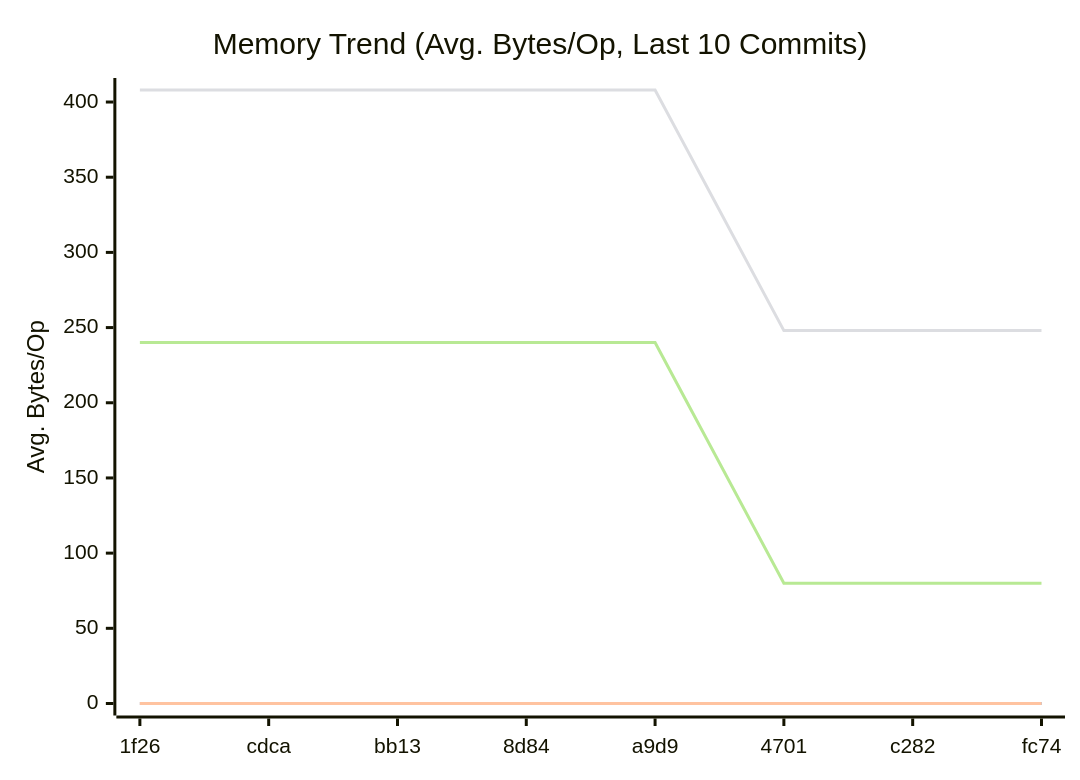
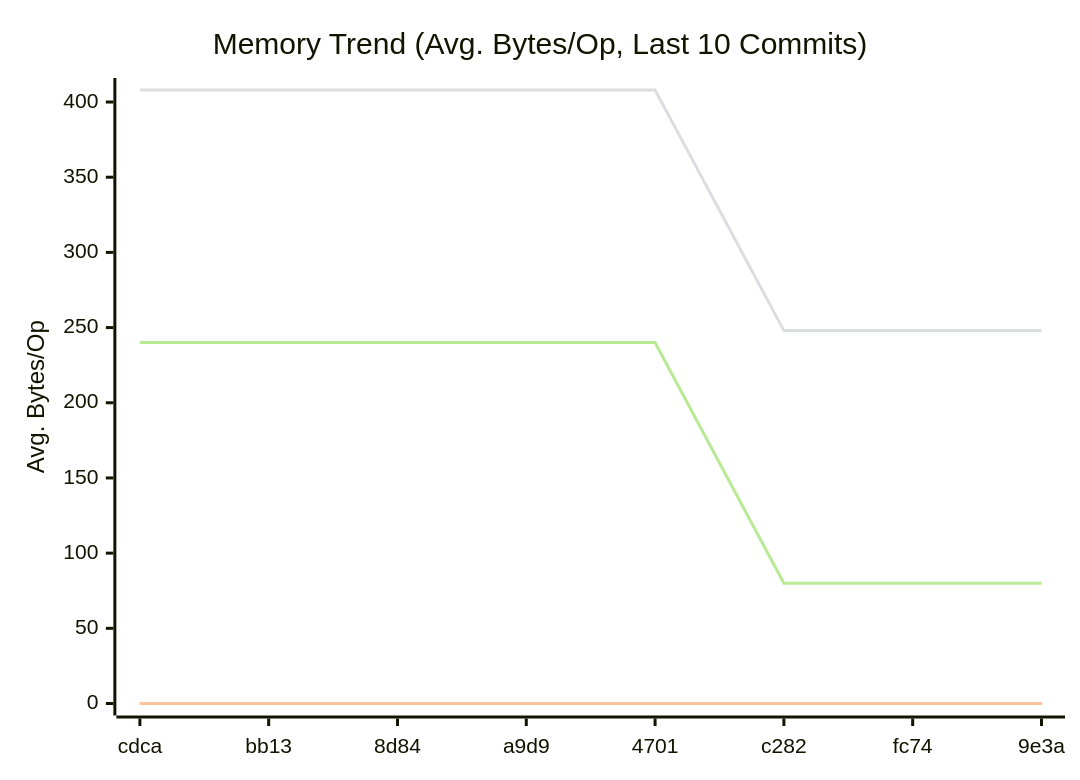
One commit to alsotoes/momo changed the second of 3 diagrams in doc/README.md. Above: the diagram before and after it, drawn with Mermaid. The commit also changed other lines of this file and 1 other file, not shown here.

````diff
--- a/doc/README.md
+++ b/doc/README.md
@@ -309,12 +309,12 @@
 ```mermaid
 xychart-beta
     title "Memory Trend (Avg. Bytes/Op, Last 10 Commits)"
     x-axis "Commit"
     y-axis "Avg. Bytes/Op"
-    x-axis [1f26,cdca,bb13,8d84,a9d9,4701,c282,fc74]
+    x-axis [cdca,bb13,8d84,a9d9,4701,c282,fc74,9e3a]
     line "CheckMetricsAndSwap" [0,0,0,0,0,0,0,0,0,0]
     line "IndexDirectTracking" [0,0,0,0,0,0,0,0,0,0]
     line "IndexSearch" [0,0,0,0,0,0,0,0,0,0]
-    line "ParseReplicationOrder_NoPrealloc" [408,408,408,408,408,248,248,248,248]
-    line "ParseReplicationOrder_Prealloc" [240,240,240,240,240,80,80,80,80]
+    line "ParseReplicationOrder_NoPrealloc" [408,408,408,408,408,248,248,248,248,248]
+    line "ParseReplicationOrder_Prealloc" [240,240,240,240,240,80,80,80,80,80]
 ```
````
